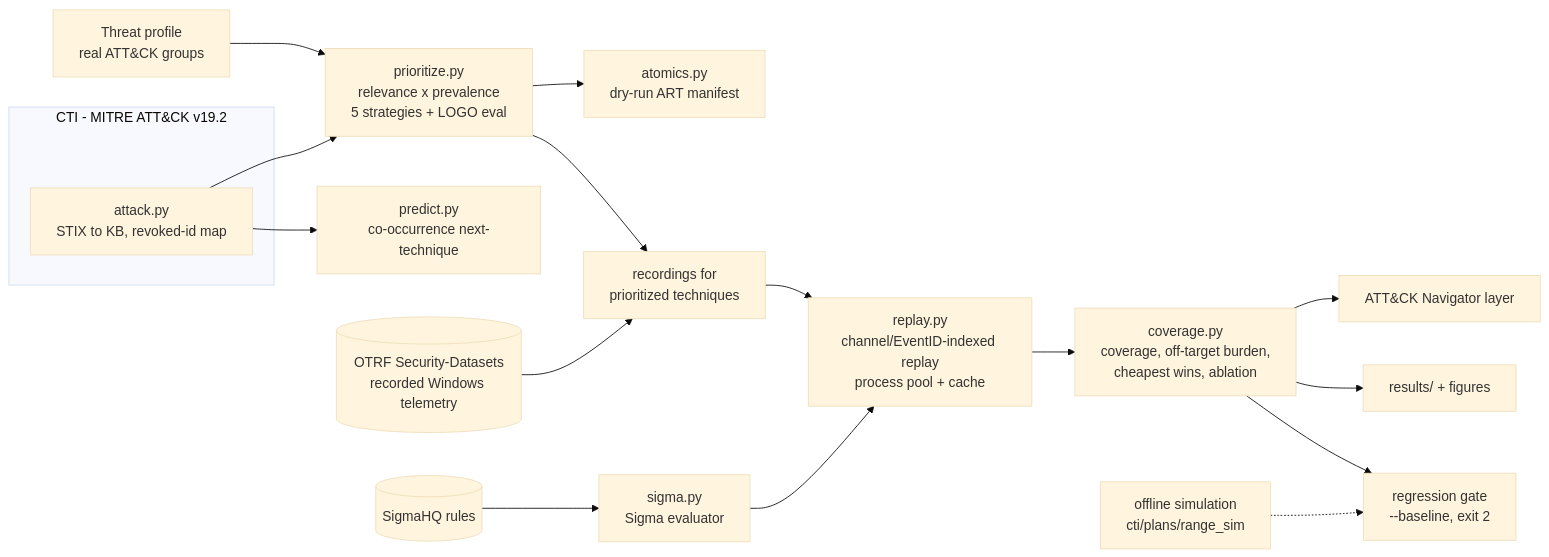
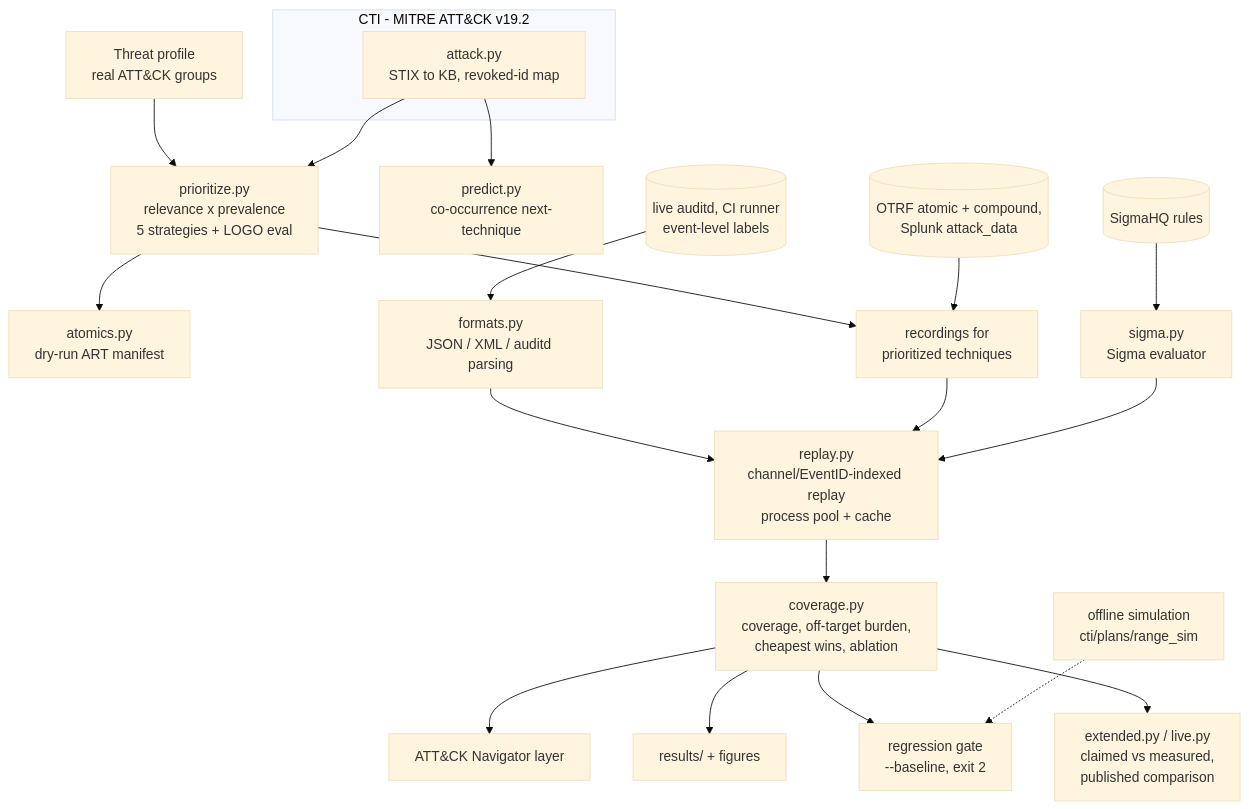
The diagram in docs/architecture.md (rakshit-737/gauntlet), drawn with Mermaid (base theme) before and after one commit. The commit also changed other lines of this file and 14 other files, not shown here.

````diff
--- a/docs/architecture.md
+++ b/docs/architecture.md
@@ -3,20 +3,23 @@
 ```mermaid
-flowchart LR
+flowchart TB
   subgraph CTI["CTI - MITRE ATT&CK v19.2"]
     KB["attack.py<br/>STIX to KB, revoked-id map"]
   end
   TP["Threat profile<br/>real ATT&CK groups"] --> PR
   KB --> PR["prioritize.py<br/>relevance x prevalence<br/>5 strategies + LOGO eval"]
   KB --> PRED["predict.py<br/>co-occurrence next-technique"]
   PR --> PLAN["atomics.py<br/>dry-run ART manifest"]
   PR --> SEL["recordings for<br/>prioritized techniques"]
-  OTRF[("OTRF Security-Datasets<br/>recorded Windows telemetry")] --> SEL
+  OTRF[("OTRF atomic + compound,<br/>Splunk attack_data")] --> SEL
+  LIVE[("live auditd, CI runner<br/>event-level labels")] --> FMT["formats.py<br/>JSON / XML / auditd parsing"]
+  FMT --> RP
   SEL --> RP["replay.py<br/>channel/EventID-indexed replay<br/>process pool + cache"]
   SIG[("SigmaHQ rules")] --> SE["sigma.py<br/>Sigma evaluator"]
   SE --> RP
   RP --> COV["coverage.py<br/>coverage, off-target burden,<br/>cheapest wins, ablation"]
   COV --> NAV["ATT&CK Navigator layer"]
   COV --> REP["results/ + figures"]
   COV --> REG["regression gate<br/>--baseline, exit 2"]
+  COV --> EXT["extended.py / live.py<br/>claimed vs measured,<br/>published comparison"]
   SIM["offline simulation<br/>cti/plans/range_sim"] -.-> REG
 ```
````
